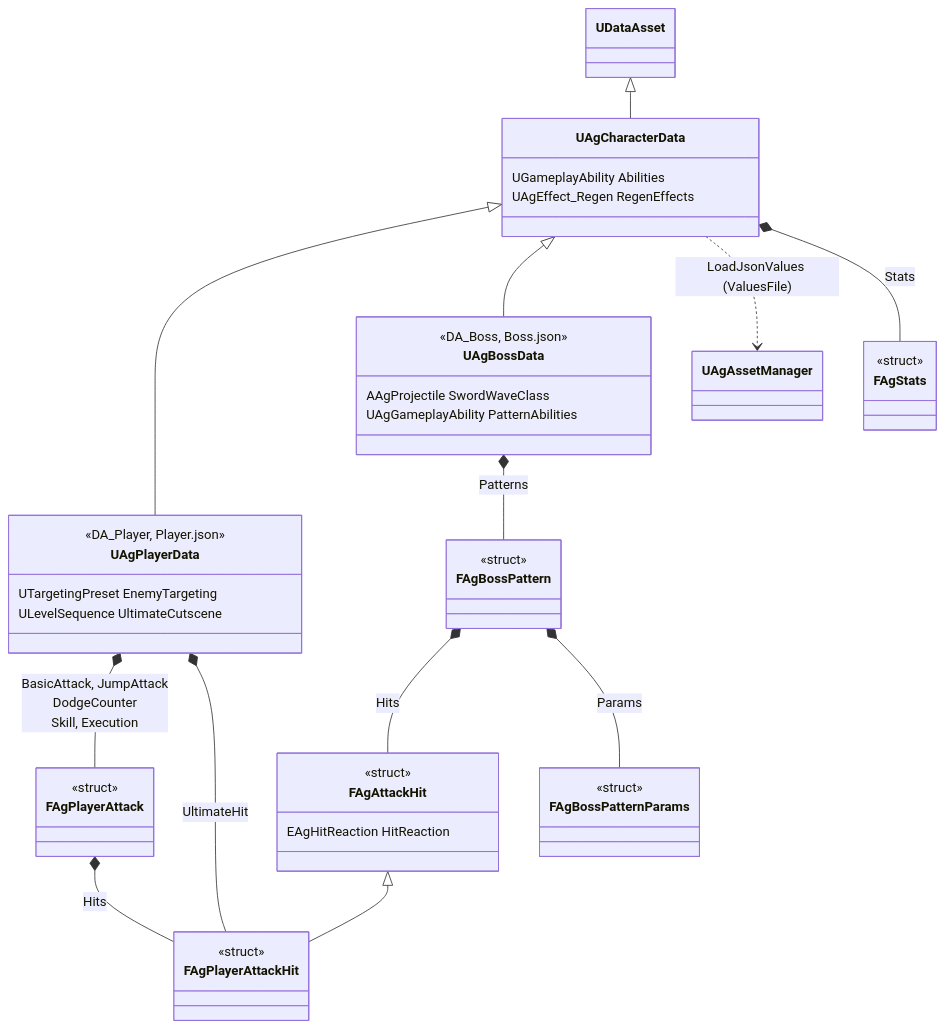
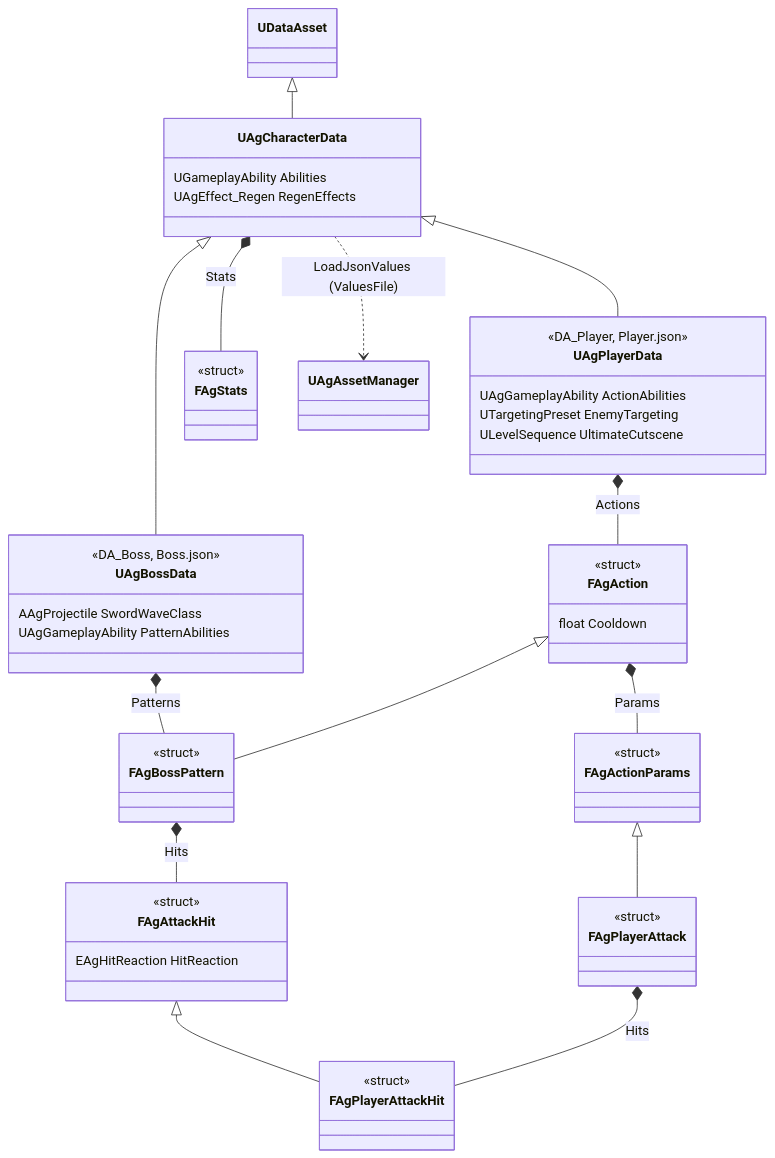
Before and after one commit to Woogl/Ag: the first of 2 diagrams in Docs/Program/JSON과 DataAsset.md, drawn with Mermaid. The commit also changed other lines of this file and 54 other files, not shown here.

````diff
--- a/Docs/Program/JSON과 DataAsset.md
+++ b/Docs/Program/JSON과 DataAsset.md
@@ -30,50 +31,56 @@
 ```mermaid
 classDiagram
     direction TB
     class UAgCharacterData {
         UGameplayAbility Abilities
         UAgEffect_Regen RegenEffects
     }
     class UAgPlayerData {
         <<DA_Player, Player.json>>
+        UAgGameplayAbility ActionAbilities
         UTargetingPreset EnemyTargeting
         ULevelSequence UltimateCutscene
     }
     class UAgBossData {
         <<DA_Boss, Boss.json>>
         AAgProjectile SwordWaveClass
         UAgGameplayAbility PatternAbilities
     }
     class FAgStats {
         <<struct>>
     }
-    class FAgPlayerAttack {
+    class FAgAction {
+        <<struct>>
+        float Cooldown
+    }
+    class FAgActionParams {
         <<struct>>
     }
     class FAgBossPattern {
         <<struct>>
     }
-    class FAgBossPatternParams {
+    class FAgPlayerAttack {
         <<struct>>
     }
     class FAgAttackHit {
         <<struct>>
         EAgHitReaction HitReaction
     }
     class FAgPlayerAttackHit {
         <<struct>>
     }
     UDataAsset <|-- UAgCharacterData
     UAgCharacterData <|-- UAgPlayerData
     UAgCharacterData <|-- UAgBossData
     UAgCharacterData ..> UAgAssetManager : LoadJsonValues (ValuesFile)
 
     UAgCharacterData *-- FAgStats : Stats
-    UAgPlayerData *-- FAgPlayerAttack : BasicAttack, JumpAttack<br>DodgeCounter<br>Skill, Execution
-    UAgPlayerData *-- FAgPlayerAttackHit : UltimateHit
+    UAgPlayerData *-- FAgAction : Actions
     UAgBossData *-- FAgBossPattern : Patterns
+    FAgAction <|-- FAgBossPattern
+    FAgAction *-- FAgActionParams : Params
+    FAgActionParams <|-- FAgPlayerAttack
     FAgAttackHit <|-- FAgPlayerAttackHit
     FAgPlayerAttack *-- FAgPlayerAttackHit : Hits
     FAgBossPattern *-- FAgAttackHit : Hits
-    FAgBossPattern *-- FAgBossPatternParams : Params
 ```
````
